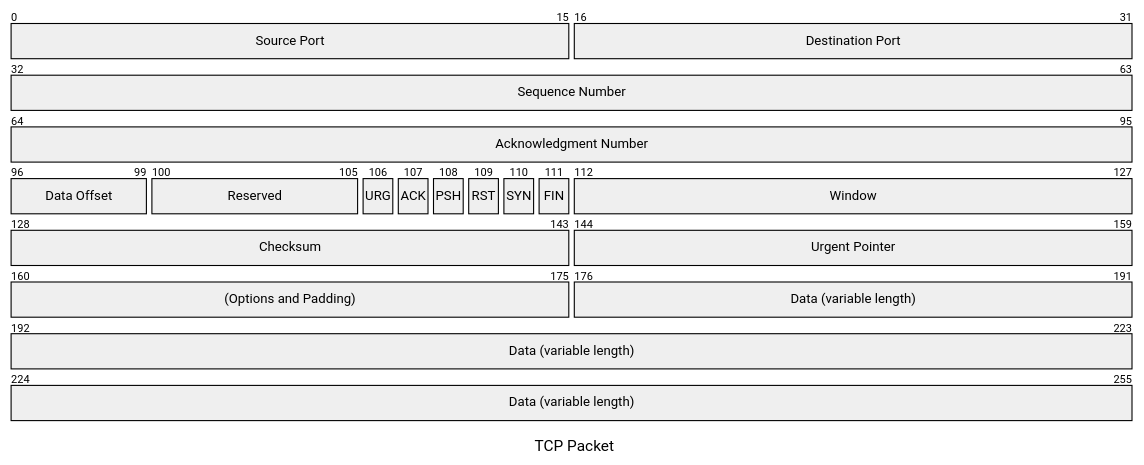
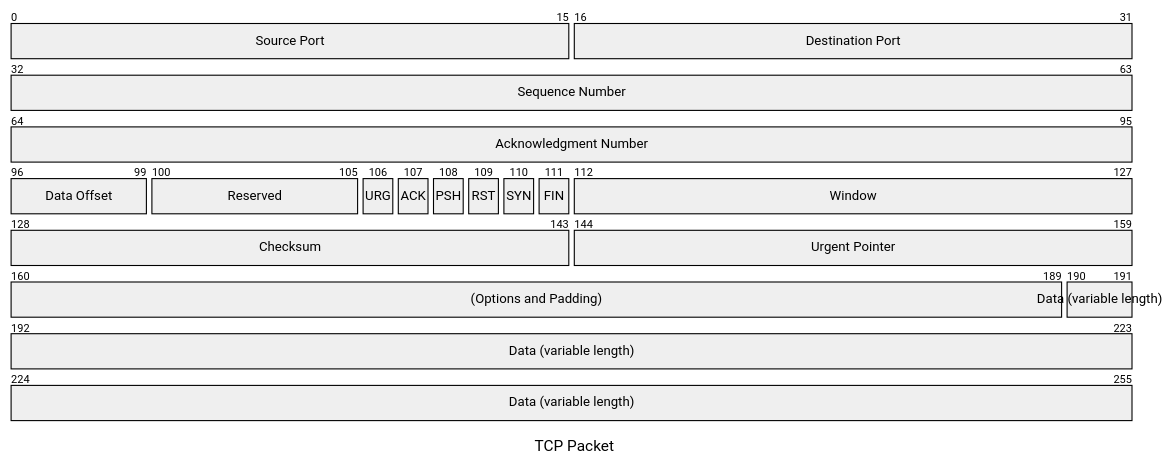
Before and after one commit to al-martyn1/marty_hex_test: the diagram in doc.drafts/mermaid_test.md, drawn with Mermaid.

Commit message:
Тестим переносы

````diff
--- a/doc.drafts/mermaid_test.md
+++ b/doc.drafts/mermaid_test.md
@@ -6,23 +6,25 @@
 ```mermaid
 ---
 title: "TCP Packet"
 ---
 packet-beta
 0-15: "Source Port"
 16-31: "Destination Port"
 32-63: "Sequence Number"
 64-95: "Acknowledgment Number"
 96-99: "Data Offset"
 100-105: "Reserved"
 106: "URG"
 107: "ACK"
 108: "PSH"
 109: "RST"
 110: "SYN"
 111: "FIN"
 112-127: "Window"
 128-143: "Checksum"
 144-159: "Urgent Pointer"
-160-175: "(Options and Padding)" %% 191
-176-255: "Data (variable length)" %% 255 247
+%% 160-175: "(Options and Padding)" %% 191
+%% 176-255: "Data (variable length)" %% 255 247
+160-189: "(Options and Padding)" %% 191
+190-255: "Data (variable length)" %% 255 247
 ```
````
